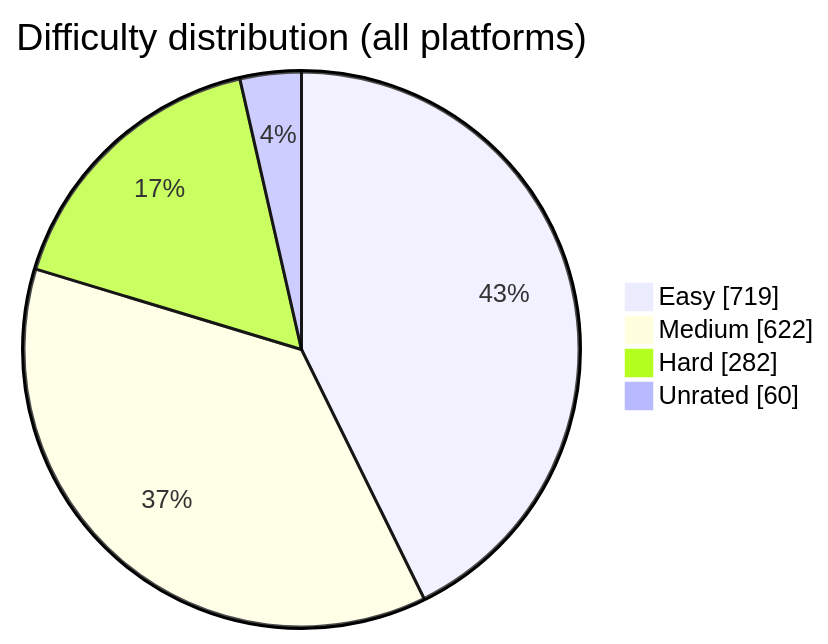
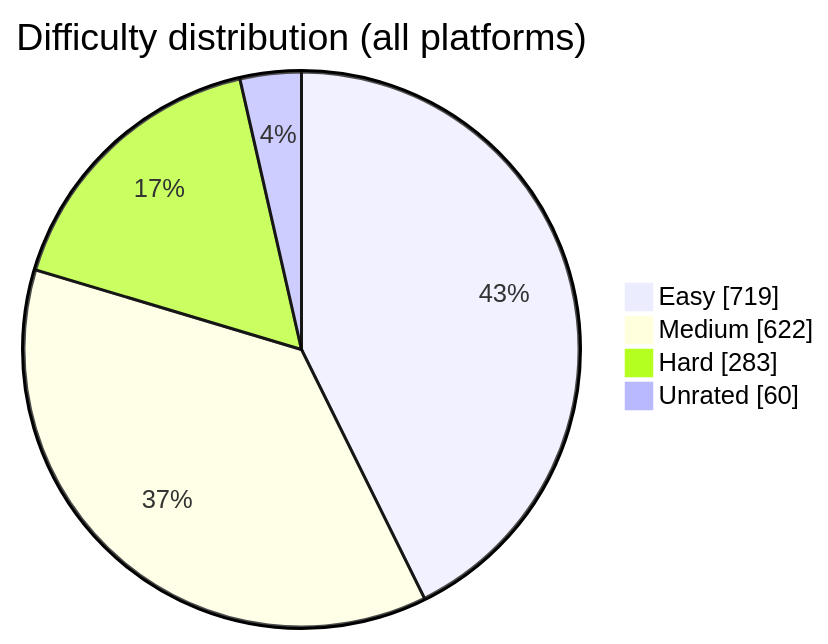
Before and after one commit to BuildbyArindam/Daily-Coding-Log: the diagram in README.md, drawn with Mermaid. The commit also changed other lines of this file, not shown here.

````diff
--- a/README.md
+++ b/README.md
@@ -93,7 +93,7 @@
 ```mermaid
 pie showData title Difficulty distribution (all platforms)
     "Easy" : 719
     "Medium" : 622
-    "Hard" : 282
+    "Hard" : 283
     "Unrated" : 60
 ```
````
